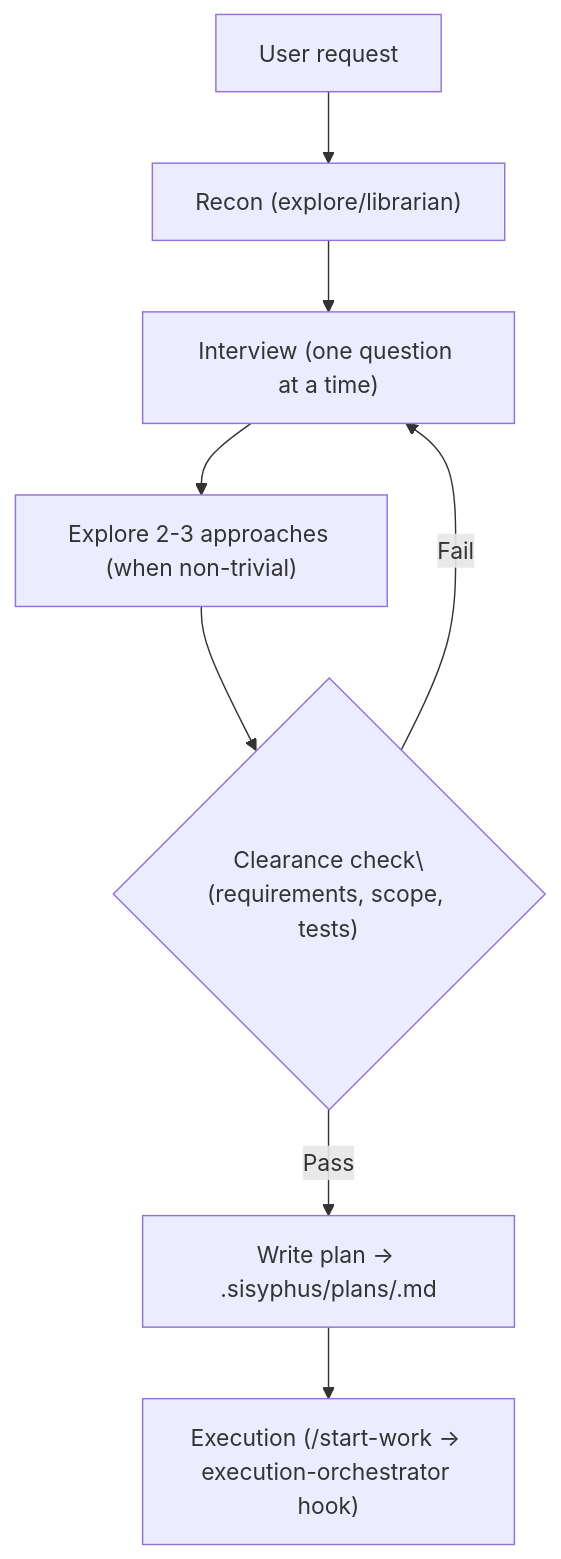
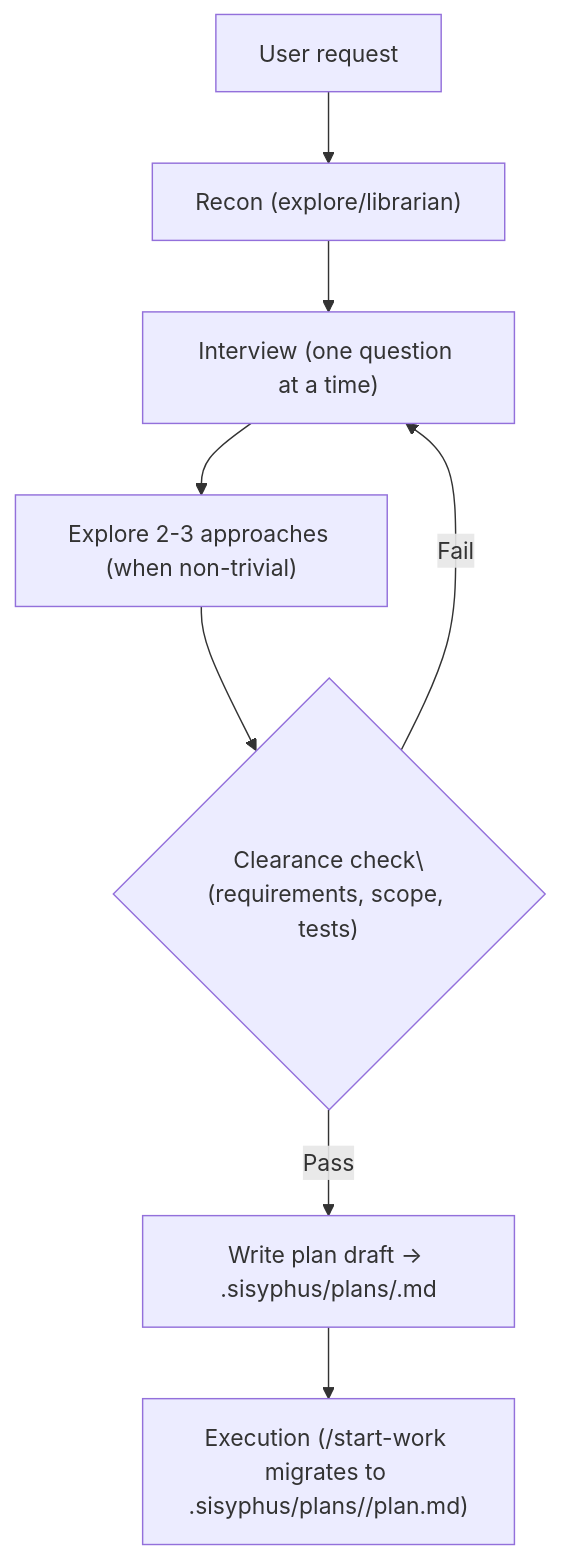
Before and after one commit to arcthur/oh-my-opencode: the diagram in docs/journeys/prometheus-planning.md, drawn with Mermaid. The commit also changed other lines of this file and 49 other files, not shown here.

````diff
--- a/docs/journeys/prometheus-planning.md
+++ b/docs/journeys/prometheus-planning.md
@@ -10,10 +10,10 @@
 ```mermaid
 flowchart TD
   U["User request"] --> R["Recon (explore/librarian)"]
   R --> Q["Interview (one question at a time)"]
   Q --> OPT["Explore 2-3 approaches (when non-trivial)"]
   OPT --> CLR{"Clearance check\\n(requirements, scope, tests)"}
-  CLR -->|Pass| PLAN["Write plan → .sisyphus/plans/<name>.md"]
+  CLR -->|Pass| PLAN["Write plan draft → .sisyphus/plans/<planId>.md"]
   CLR -->|Fail| Q
-  PLAN --> EXEC["Execution (/start-work → execution-orchestrator hook)"]
+  PLAN --> EXEC["Execution (/start-work migrates to .sisyphus/plans/<planId>/plan.md)"]
 ```
````
